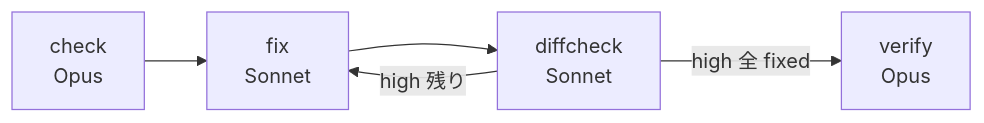
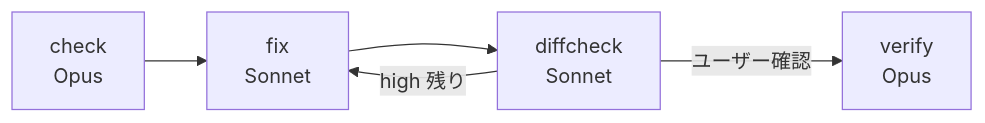
The second of 2 diagrams in README.md (ainoobmenpg/claude-code-myskills), drawn with Mermaid before and after one commit. The commit also changed other lines of this file and 17 other files, not shown here.

````diff
--- a/README.md
+++ b/README.md
@@ -235,7 +235,7 @@
 ```mermaid
 graph LR
     A["check<br/>Opus"] --> B["fix<br/>Sonnet"]
     B --> C["diffcheck<br/>Sonnet"]
     C -->|"high 残り"| B
-    C -->|"high 全 fixed"| D["verify<br/>Opus"]
+    C -->|"ユーザー確認"| D["verify<br/>Opus"]
 ```
````
